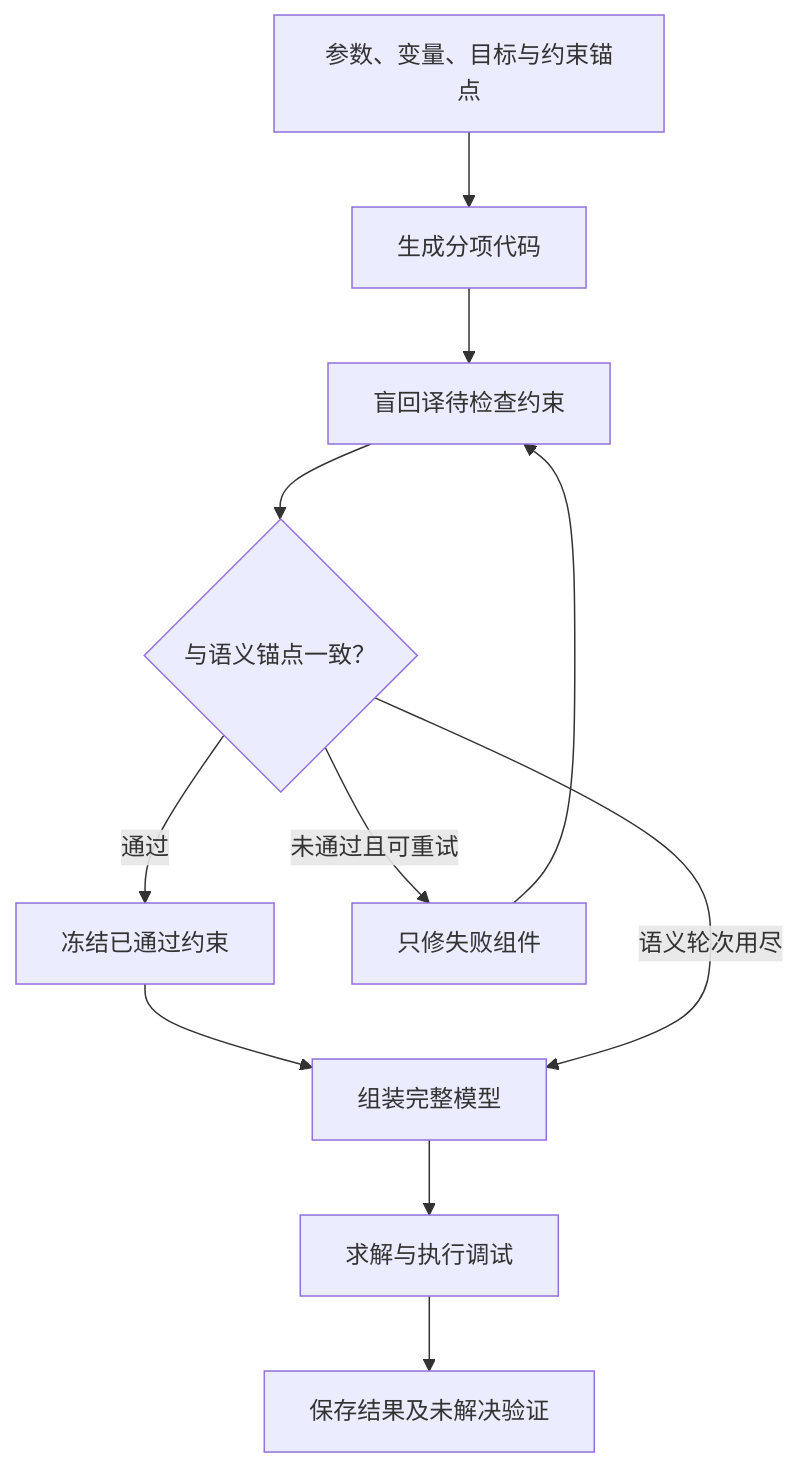
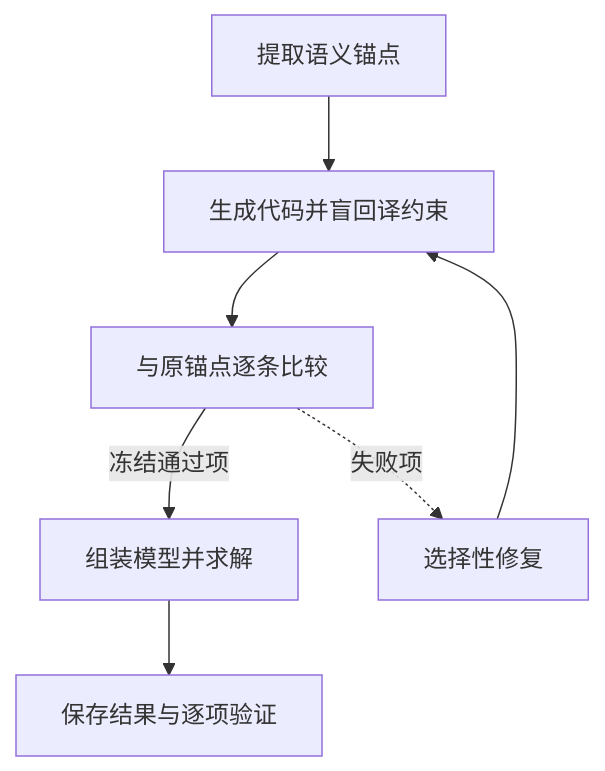
Before and after one commit to Fangziyang0910/LLM4OM: the diagram in website/content/zh/sac-opt.md, drawn with Mermaid. The commit also changed other lines of this file and 231 other files, not shown here.

````diff
--- a/website/content/zh/sac-opt.md
+++ b/website/content/zh/sac-opt.md
@@ -11,13 +11,14 @@
 ```mermaid
 flowchart TB
-  Anchors["参数、变量、目标与约束锚点"] --> Generate["生成分项代码"]
-  Generate --> Translate["盲回译待检查约束"]
-  Translate --> Compare{"与语义锚点一致？"}
-  Compare -->|通过| Freeze["冻结已通过约束"]
-  Compare -->|未通过且可重试| Repair["只修失败组件"]
-  Repair --> Translate
-  Freeze --> Assemble["组装完整模型"]
-  Compare -->|语义轮次用尽| Assemble
-  Assemble --> Solve["求解与执行调试"]
-  Solve --> Finish["保存结果及未解决验证"]
+  Anchors["提取语义锚点"]
+  Generate["生成代码并盲回译约束"]
+  Compare["与原锚点逐条比较"]
+  Repair["选择性修复"]
+  Assemble["组装模型并求解"]
+  Finish["保存结果与逐项验证"]
+  Anchors --> Generate --> Compare
+  Compare -->|冻结通过项| Assemble
+  Compare -.->|失败项| Repair
+  Repair --> Generate
+  Assemble --> Finish
 ```
````
